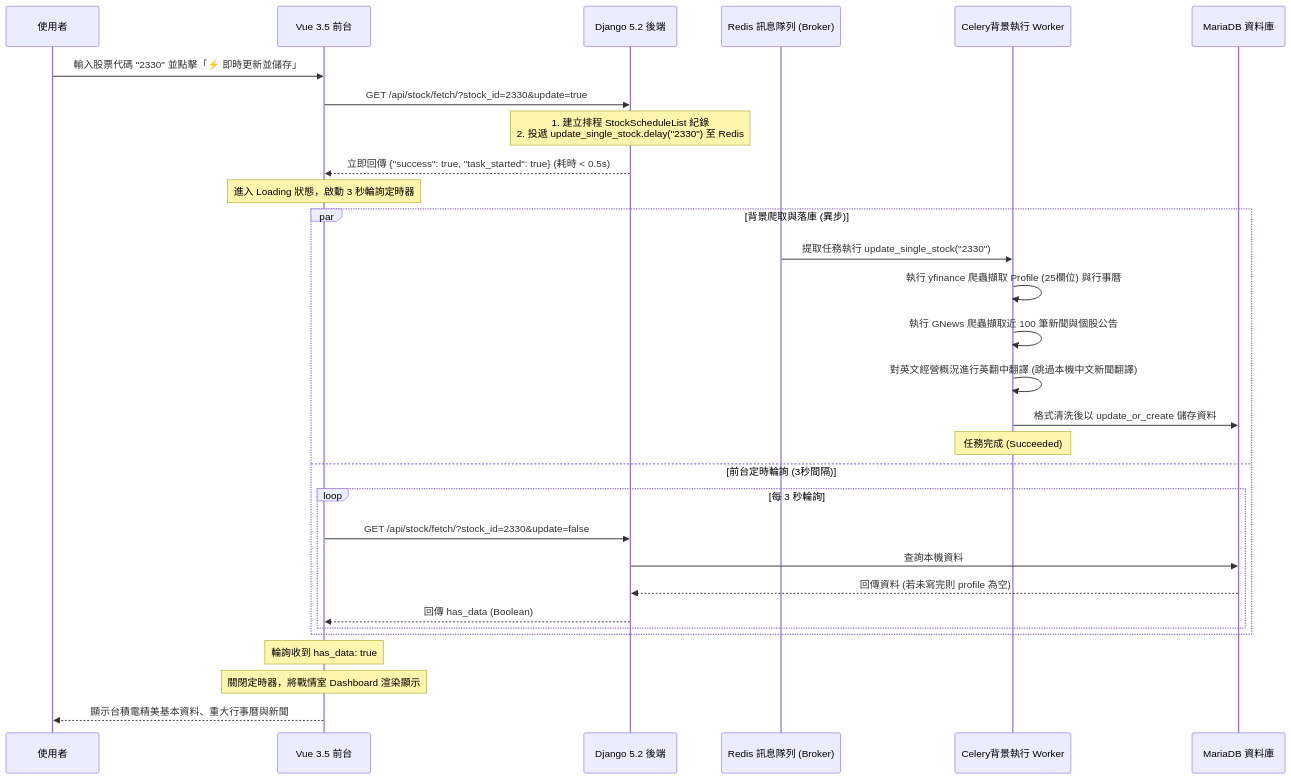
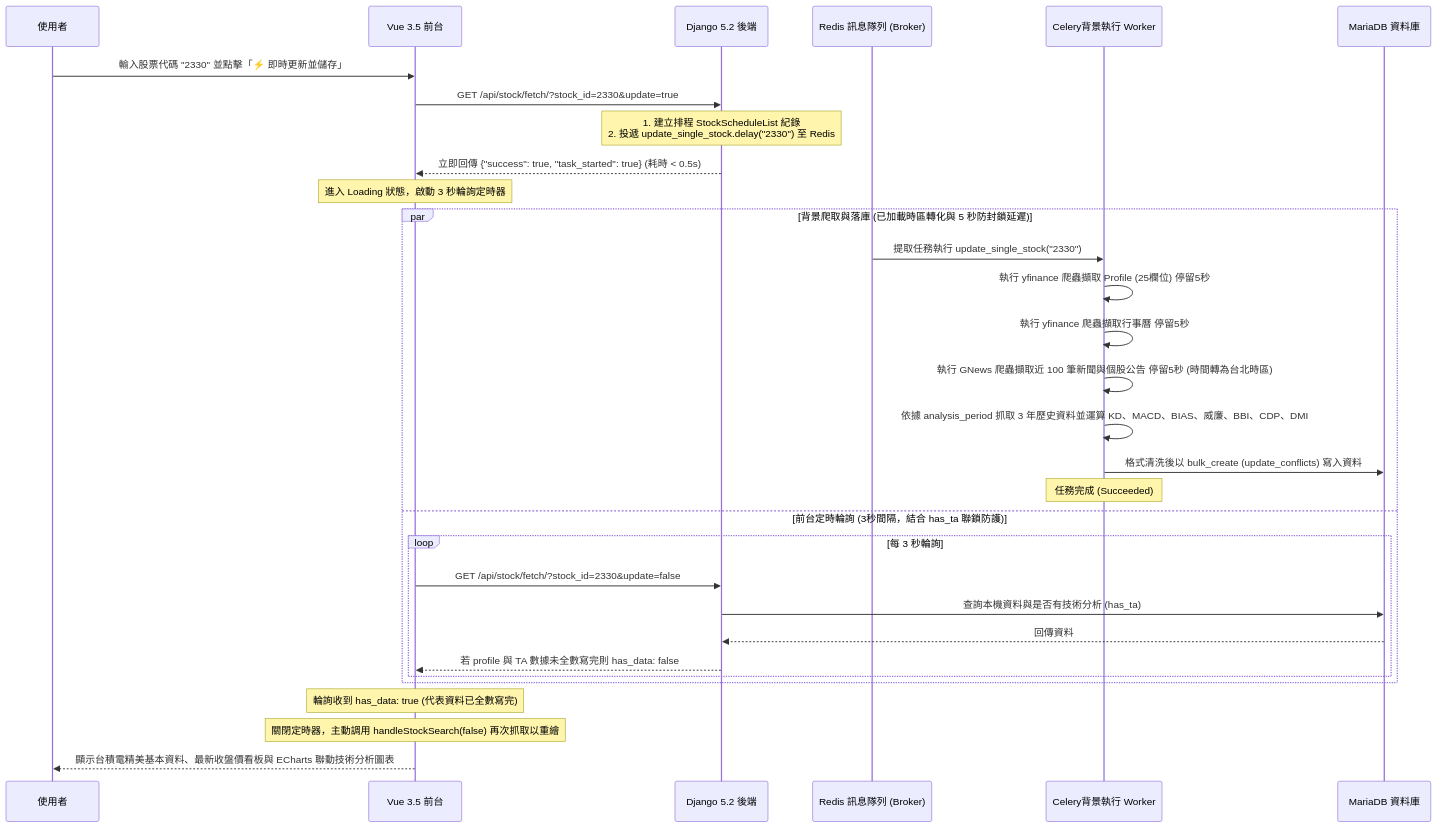
One commit to dengkaitraining/financial-information changed the diagram in .agents/skills/django-on-docker/references/walkthrough_details.md. Above: the diagram before and after it, drawn with Mermaid. The commit also changed other lines of this file and 7 other files, not shown here.

````diff
--- a/.agents/skills/django-on-docker/references/walkthrough_details.md
+++ b/.agents/skills/django-on-docker/references/walkthrough_details.md
@@ -13,37 +13,38 @@
 ```mermaid
 sequenceDiagram
     participant User as 使用者
     participant Vue_Frontend as Vue 3.5 前台
     participant Django_Backend as Django 5.2 後端
     participant Redis as Redis 訊息隊列 (Broker)
     participant Celery_Worker as Celery背景執行 Worker
     participant MariaDB as MariaDB 資料庫
 
     User->>Vue_Frontend: 輸入股票代碼 "2330" 並點擊「⚡ 即時更新並儲存」
     Vue_Frontend->>Django_Backend: GET /api/stock/fetch/?stock_id=2330&update=true
     
     Note over Django_Backend: 1. 建立排程 StockScheduleList 紀錄<br/>2. 投遞 update_single_stock.delay("2330") 至 Redis
     Django_Backend-->>Vue_Frontend: 立即回傳 {"success": true, "task_started": true} (耗時 < 0.5s)
     
     Note over Vue_Frontend: 進入 Loading 狀態，啟動 3 秒輪詢定時器
 
-    par 背景爬取與落庫 (異步)
+    par 背景爬取與落庫 (已加載時區轉化與 5 秒防封鎖延遲)
         Redis->>Celery_Worker: 提取任務執行 update_single_stock("2330")
-        Celery_Worker->>Celery_Worker: 執行 yfinance 爬蟲擷取 Profile (25欄位) 與行事曆
-        Celery_Worker->>Celery_Worker: 執行 GNews 爬蟲擷取近 100 筆新聞與個股公告
-        Celery_Worker->>Celery_Worker: 對英文經營概況進行英翻中翻譯 (跳過本機中文新聞翻譯)
-        Celery_Worker->>MariaDB: 格式清洗後以 update_or_create 儲存資料
+        Celery_Worker->>Celery_Worker: 執行 yfinance 爬蟲擷取 Profile (25欄位) 停留5秒
+        Celery_Worker->>Celery_Worker: 執行 yfinance 爬蟲擷取行事曆 停留5秒
+        Celery_Worker->>Celery_Worker: 執行 GNews 爬蟲擷取近 100 筆新聞與個股公告 停留5秒 (時間轉為台北時區)
+        Celery_Worker->>Celery_Worker: 依據 analysis_period 抓取 3 年歷史資料並運算 KD、MACD、BIAS、威廉、BBI、CDP、DMI
+        Celery_Worker->>MariaDB: 格式清洗後以 bulk_create (update_conflicts) 寫入資料
         Note over Celery_Worker: 任務完成 (Succeeded)
-    and 前台定時輪詢 (3秒間隔)
+    and 前台定時輪詢 (3秒間隔，結合 has_ta 聯鎖防護)
         loop 每 3 秒輪詢
             Vue_Frontend->>Django_Backend: GET /api/stock/fetch/?stock_id=2330&update=false
-            Django_Backend->>MariaDB: 查詢本機資料
-            MariaDB-->>Django_Backend: 回傳資料 (若未寫完則 profile 為空)
-            Django_Backend-->>Vue_Frontend: 回傳 has_data (Boolean)
+            Django_Backend->>MariaDB: 查詢本機資料與是否有技術分析 (has_ta)
+            MariaDB-->>Django_Backend: 回傳資料
+            Django_Backend-->>Vue_Frontend: 若 profile 與 TA 數據未全數寫完則 has_data: false
         end
     end
 
-    Note over Vue_Frontend: 輪詢收到 has_data: true
-    Note over Vue_Frontend: 關閉定時器，將戰情室 Dashboard 渲染顯示
-    Vue_Frontend-->>User: 顯示台積電精美基本資料、重大行事曆與新聞
+    Note over Vue_Frontend: 輪詢收到 has_data: true (代表資料已全數寫完)
+    Note over Vue_Frontend: 關閉定時器，主動調用 handleStockSearch(false) 再次抓取以重繪
+    Vue_Frontend-->>User: 顯示台積電精美基本資料、最新收盤價看板與 ECharts 聯動技術分析圖表
 ```
````
